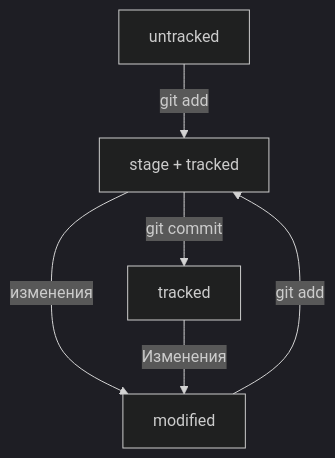
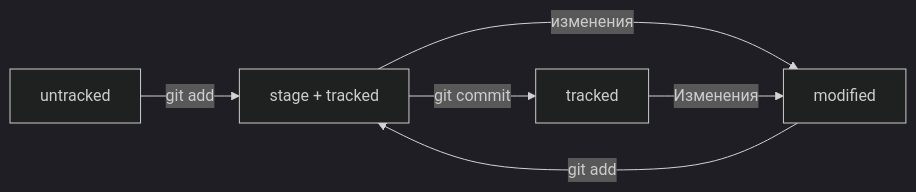
The diagram in README.md (AndrewVZ76/AndrewVZ76), drawn with Mermaid (dark theme) before and after one commit. The commit also changed other lines of this file, not shown here.

Commit message:
Сменить ориентацию схемы

````diff
--- a/README.md
+++ b/README.md
@@ -134,9 +134,9 @@
 ```mermaid
-flowchart TD;
+graph LR;
 %%A[untracked ] --git add--> B[stage + tracked];
       A[untracked] --git add--> B[stage + tracked];
       С[modified] --git add--> B[stage + tracked];
       B[stage + tracked] --изменения--> С[modified];
       B[stage + tracked] --git commit--> D[tracked];
       D[tracked ] --Изменения--> С[modified];
 ```
````
